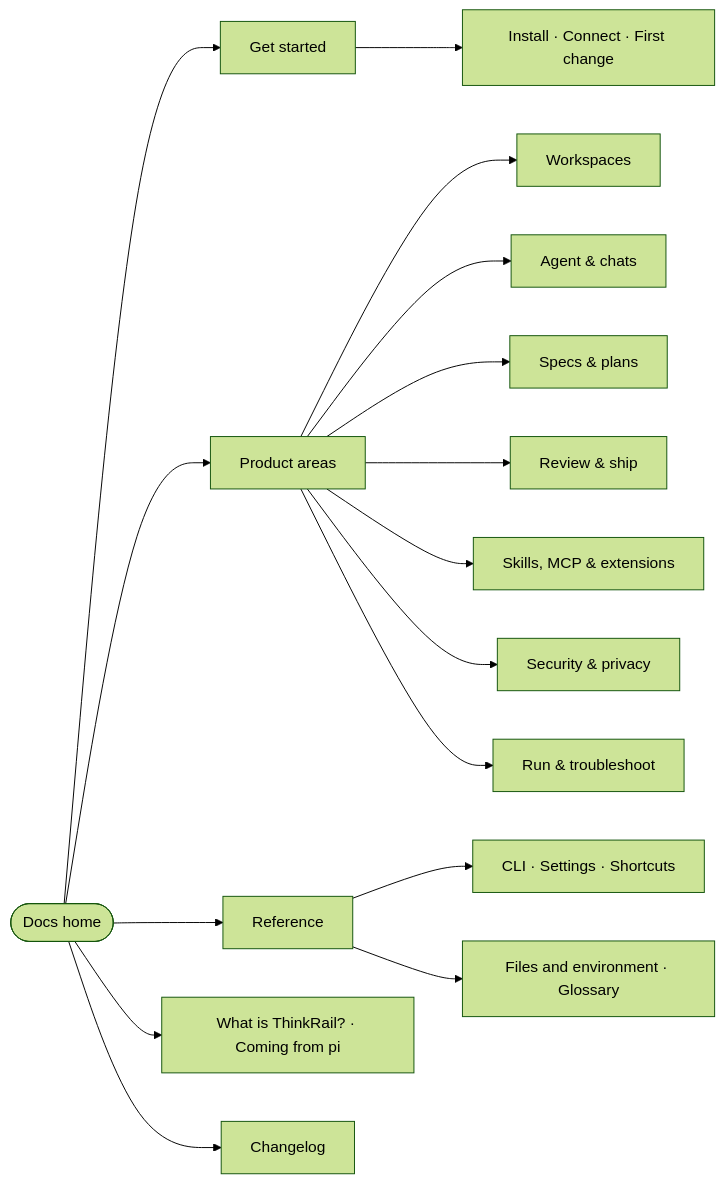
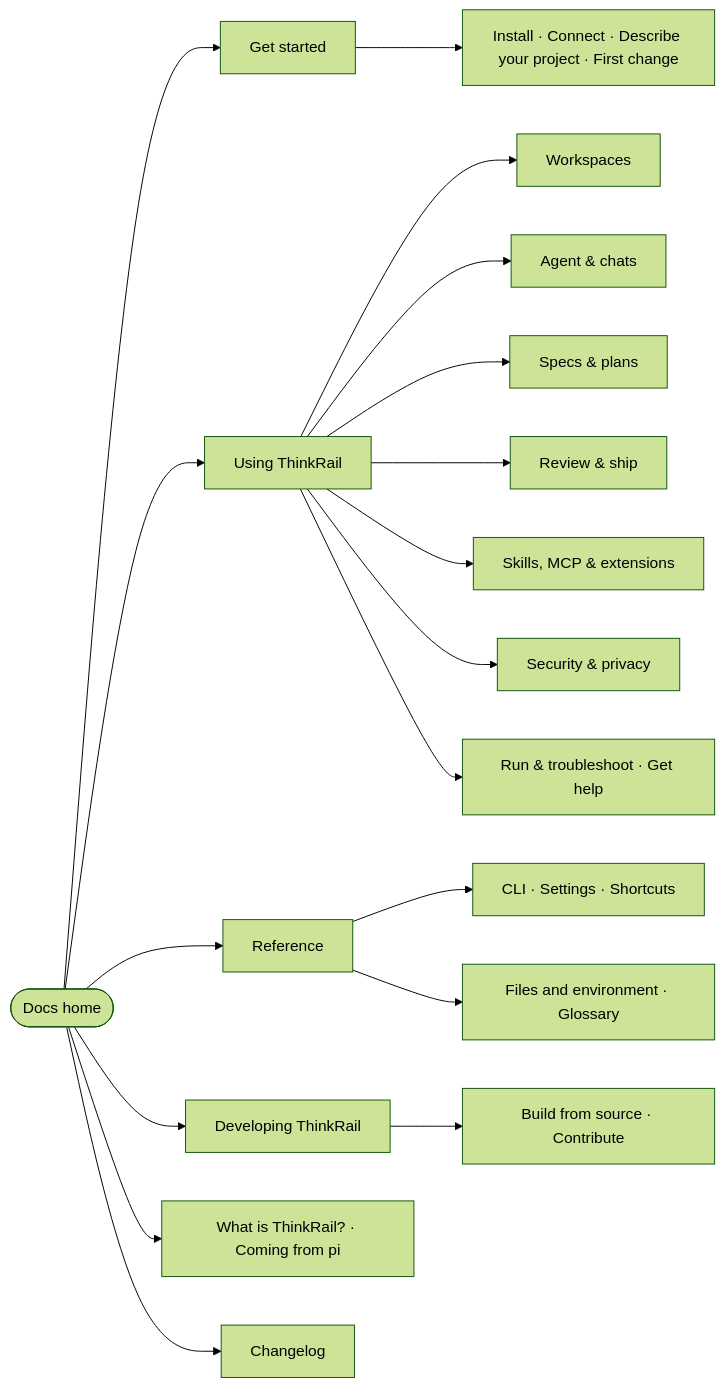
One commit to HadesArchitect/thinkrail changed the diagram in docs/about-these-docs/information-architecture.md. Above: the diagram before and after it, drawn with Mermaid (forest theme). The commit also changed other lines of this file and 23 other files, not shown here.

````diff
--- a/docs/about-these-docs/information-architecture.md
+++ b/docs/about-these-docs/information-architecture.md
@@ -55,21 +60,24 @@
 ```mermaid
 flowchart LR
     home([Docs home]) --> GS[Get started]
-    home --> map[Product areas]
+    home --> map[Using ThinkRail]
     home --> R[Reference]
+    home --> D[Developing ThinkRail]
     home --> E[What is ThinkRail? · Coming from pi]
     home --> C[Changelog]
 
-    GS --> g1[Install · Connect · First change]
+    GS --> g1[Install · Connect · Describe your project · First change]
 
     map --> a1[Workspaces]
     map --> a2[Agent & chats]
     map --> a3[Specs & plans]
     map --> a4[Review & ship]
     map --> a5[Skills, MCP & extensions]
     map --> a6[Security & privacy]
-    map --> a7[Run & troubleshoot]
+    map --> a7[Run & troubleshoot · Get help]
 
     R --> r1[CLI · Settings · Shortcuts]
     R --> r2[Files and environment · Glossary]
+
+    D --> d1[Build from source · Contribute]
 ```
````
